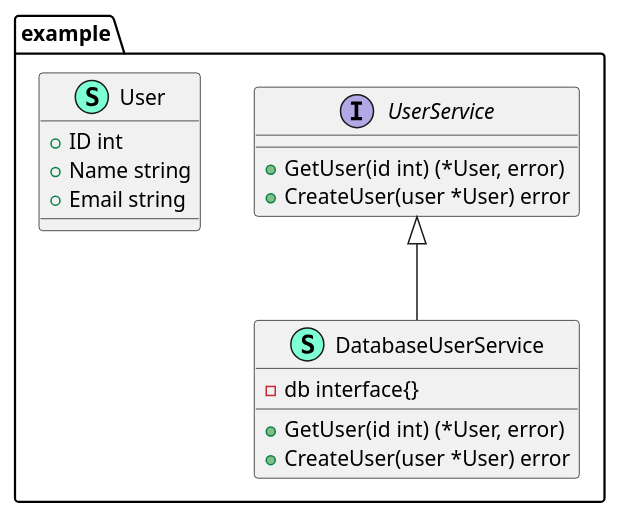
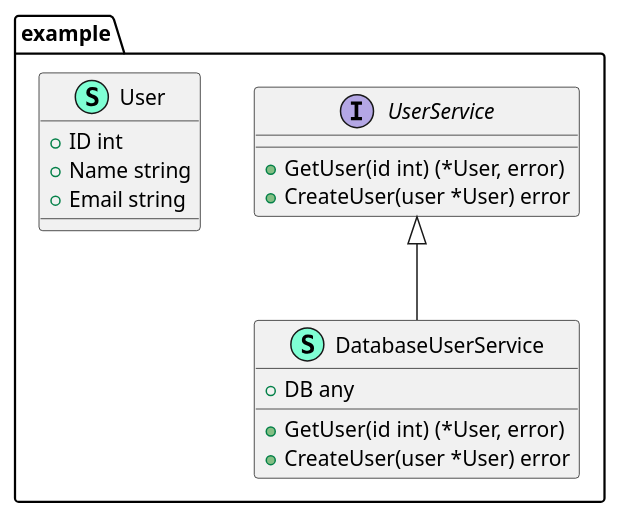
Before and after one commit to kstieger/go2uml: the first of 3 diagrams in README.md, drawn with PlantUML. The commit also changed other lines of this file and 9 other files, not shown here.

````diff
--- a/README.md
+++ b/README.md
@@ -128,22 +128,22 @@
 ```plantuml
 @startuml
 namespace example {
     interface "UserService" {
         + GetUser(id int) (*User, error)
         + CreateUser(user *User) error
     }
     class "User" << (S,Aquamarine) >> {
         + ID int
         + Name string
         + Email string
     }
     class "DatabaseUserService" << (S,Aquamarine) >> {
-        - db interface{}
+        + DB any
         + GetUser(id int) (*User, error)
         + CreateUser(user *User) error
     }
 }
 
 "example.UserService" <|-- "example.DatabaseUserService"
 @enduml
 ```
````
